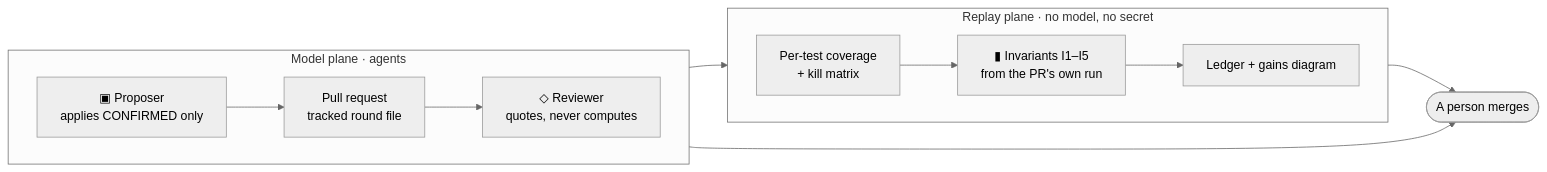
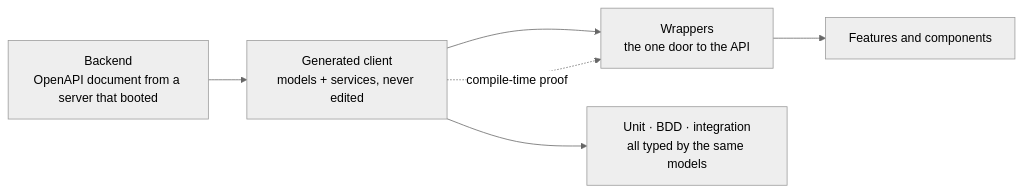
Before and after one commit to Check-It-Out-Dev/checkitout-frontend: the diagram in README.md, drawn with Mermaid (neutral theme). The commit also changed other lines of this file and 4 other files, not shown here.

````diff
--- a/README.md
+++ b/README.md
@@ -512,16 +46,8 @@
 ```mermaid
 flowchart LR
-  subgraph model["Model plane · agents"]
-    direction LR
-    P["▣ Proposer<br/>applies CONFIRMED only"] --> PR["Pull request<br/>tracked round file"]
-    PR --> R["◇ Reviewer<br/>quotes, never computes"]
-  end
-  subgraph replay["Replay plane · no model, no secret"]
-    direction LR
-    M["Per-test coverage<br/>+ kill matrix"] --> G["▮ Invariants I1–I5<br/>from the PR's own run"]
-    G --> L["Ledger + gains diagram"]
-  end
-  PR --> G
-  L --> H(["A person merges"])
-  R --> H
+    BE["Backend<br/>OpenAPI document from a server that booted"] --> GEN["Generated client<br/>models + services, never edited"]
+    GEN --> WRAP["Wrappers<br/>the one door to the API"]
+    WRAP --> APP["Features and components"]
+    GEN -. "compile-time proof" .-> WRAP
+    GEN --> TESTS["Unit · BDD · integration<br/>all typed by the same models"]
 ```
````
